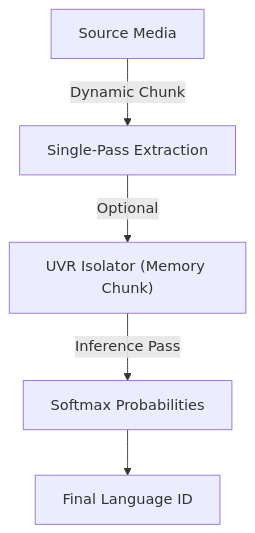
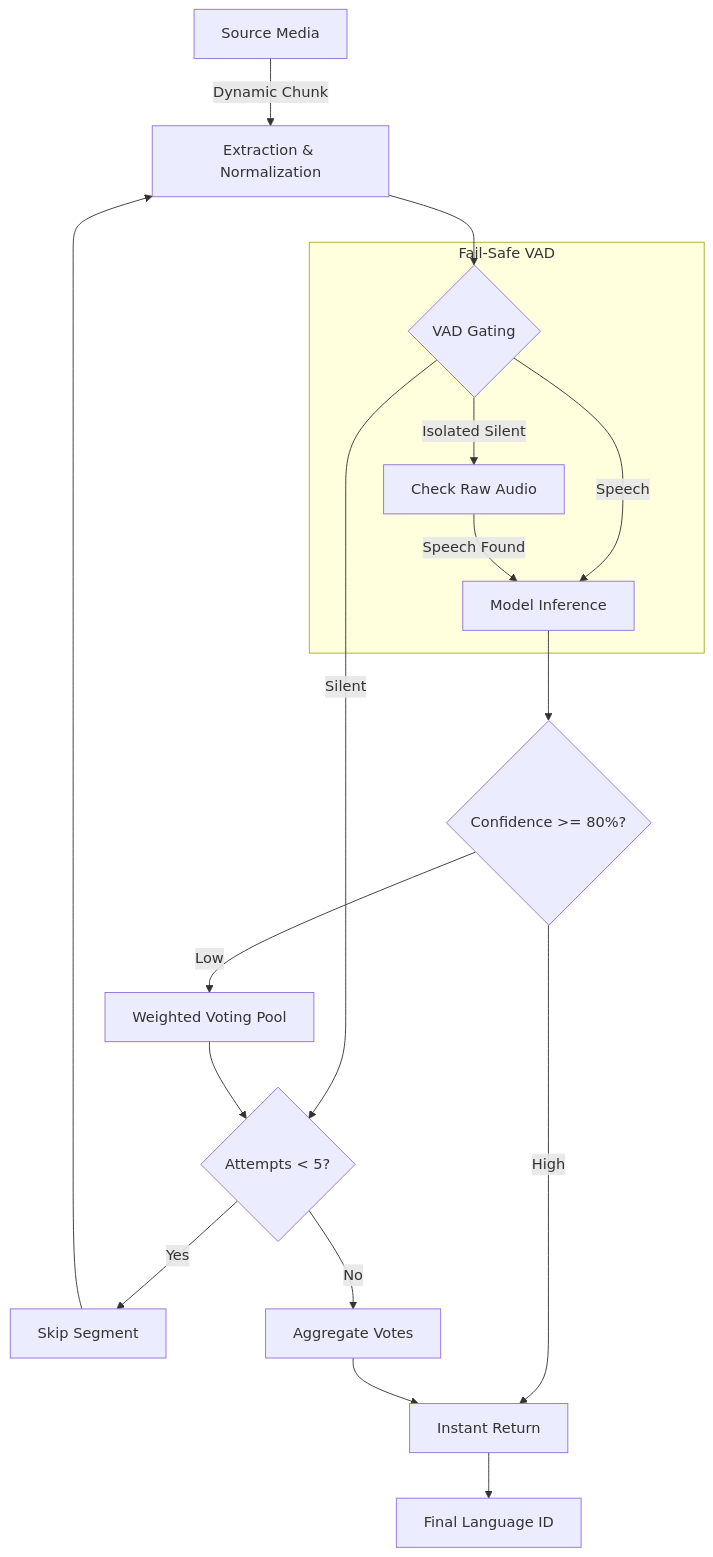
The first of 3 diagrams in README.md (ventura8/Whisper-Pro-ASR), drawn with Mermaid before and after one commit. The commit also changed other lines of this file and 11 other files, not shown here.

````diff
--- a/README.md
+++ b/README.md
@@ -90,7 +91,21 @@
 ```mermaid
 graph TD
-    A[Source Media] -->|Dynamic Chunk| LD[Single-Pass Extraction]
-    LD -->|Optional| UVR_LD["UVR Isolator (Memory Chunk)"]
-    UVR_LD -->|Inference Pass| SOFTMAX[Softmax Probabilities]
-    SOFTMAX --> LANG[Final Language ID]
+    A[Source Media] -->|Dynamic Chunk| EXT[Extraction & Normalization]
+    EXT --> VAD{VAD Gating}
+    VAD -->|Silent| NEXT{Attempts < 5?}
+    VAD -->|Speech| INF[Model Inference]
+    
+    subgraph Fail-Safe VAD
+    VAD -->|Isolated Silent| RAW[Check Raw Audio]
+    RAW -->|Speech Found| INF
+    end
+
+    INF --> CONF{Confidence >= 80%?}
+    CONF -->|Low| VOTE[Weighted Voting Pool] --> NEXT
+    CONF -->|High| FINAL[Instant Return]
+    
+    NEXT -->|Yes| SKIP[Skip Segment] --> EXT
+    NEXT -->|No| AGG[Aggregate Votes] --> FINAL
+    
+    FINAL --> LANG[Final Language ID]
 ```
````
